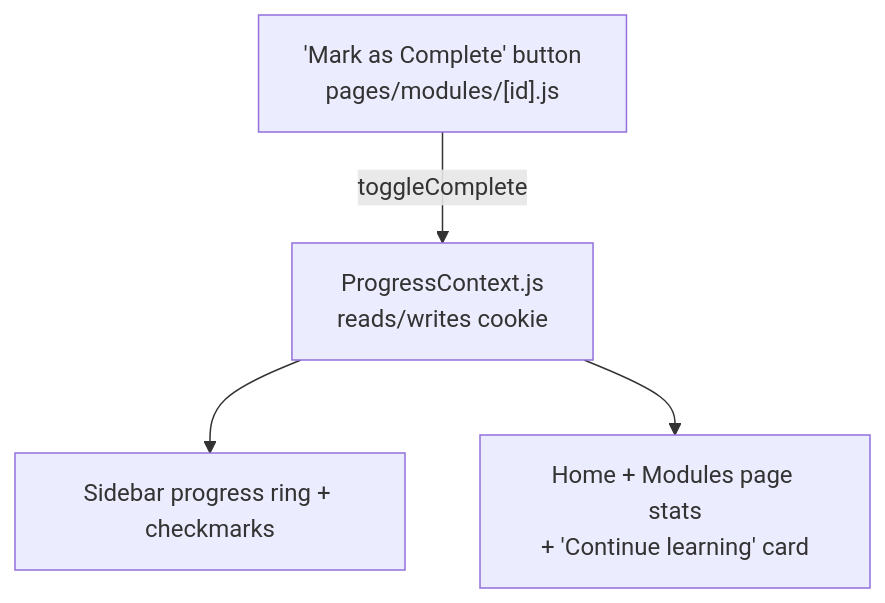
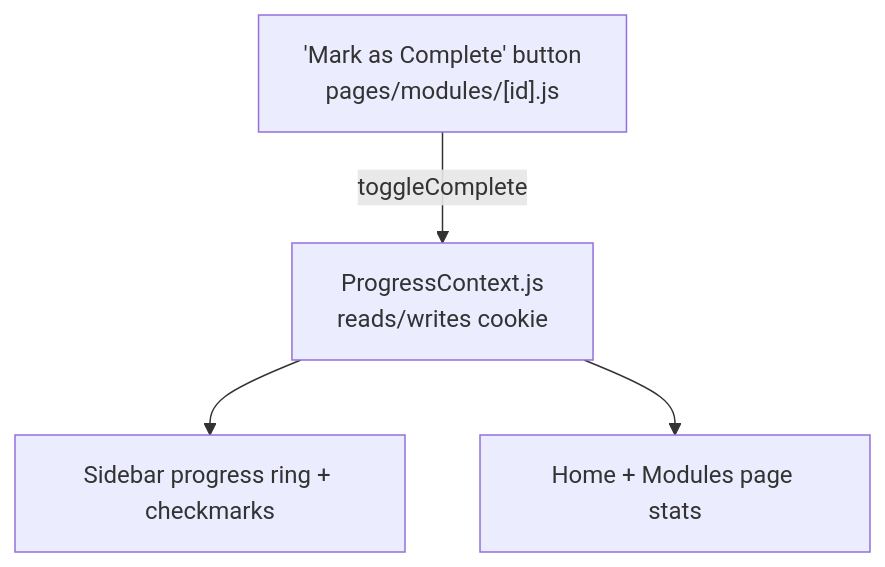
The third of 4 diagrams in docs/data-flow.md (ammdevl/lfs-101-notes), drawn with Mermaid before and after one commit. The commit also changed other lines of this file and 9 other files, not shown here.

First line of the commit message:
fix: full-color Tux logo, remove continue-learning card, uniform home widths

````diff
--- a/docs/data-flow.md
+++ b/docs/data-flow.md
@@ -31,6 +31,6 @@
 ```mermaid
 flowchart TD
     BTN["'Mark as Complete' button<br/>pages/modules/[id].js"] -->|toggleComplete| CTX["ProgressContext.js<br/>reads/writes cookie"]
     CTX --> C1["Sidebar progress ring + checkmarks"]
-    CTX --> C3["Home + Modules page stats<br/>+ 'Continue learning' card"]
+    CTX --> C3["Home + Modules page stats"]
 ```
````
